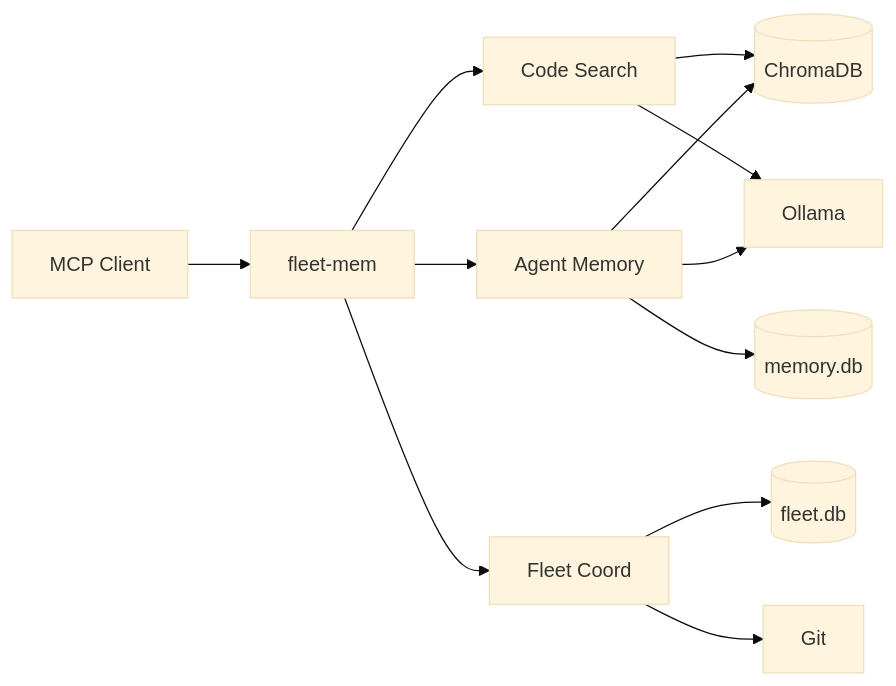
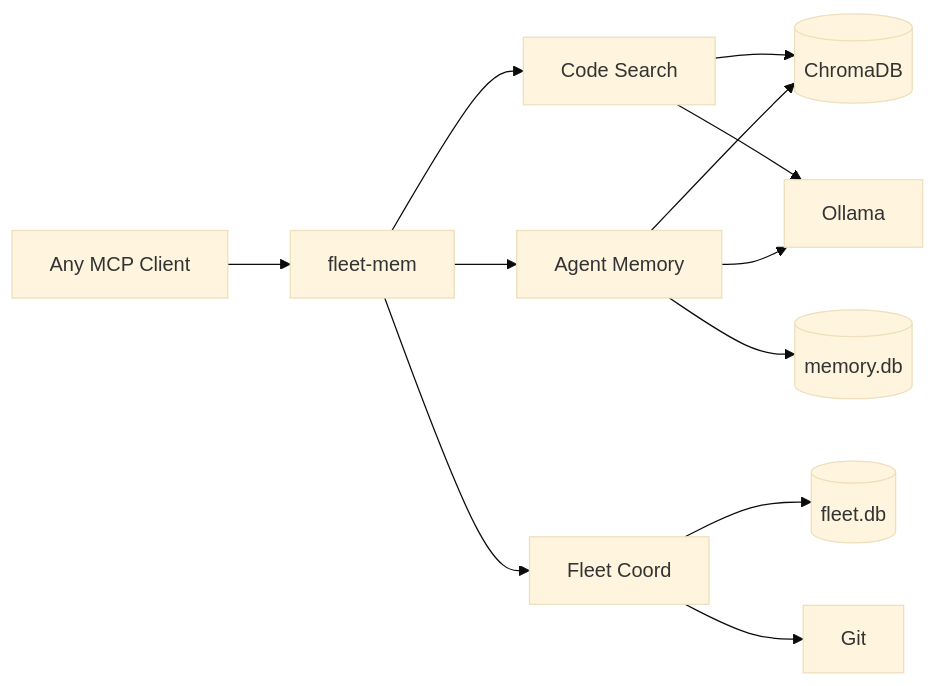
Before and after one commit to sam-ent/fleet-mem: the first of 5 diagrams in README.md, drawn with Mermaid (base theme). The commit also changed other lines of this file, not shown here.

````diff
--- a/README.md
+++ b/README.md
@@ -15,16 +35,16 @@
 ```mermaid
 graph LR
-    MCP[MCP Client] --> FM[fleet-mem]
+    MCP[Any MCP Client] --> FM[fleet-mem]
 
     FM --> CS[Code Search]
     FM --> AM[Agent Memory]
     FM --> FC[Fleet Coord]
 
     CS --> C[(ChromaDB)]
     CS --> O[Ollama]
     AM --> C
     AM --> M[(memory.db)]
     AM --> O
     FC --> F[(fleet.db)]
     FC --> G[Git]
 ```
````
